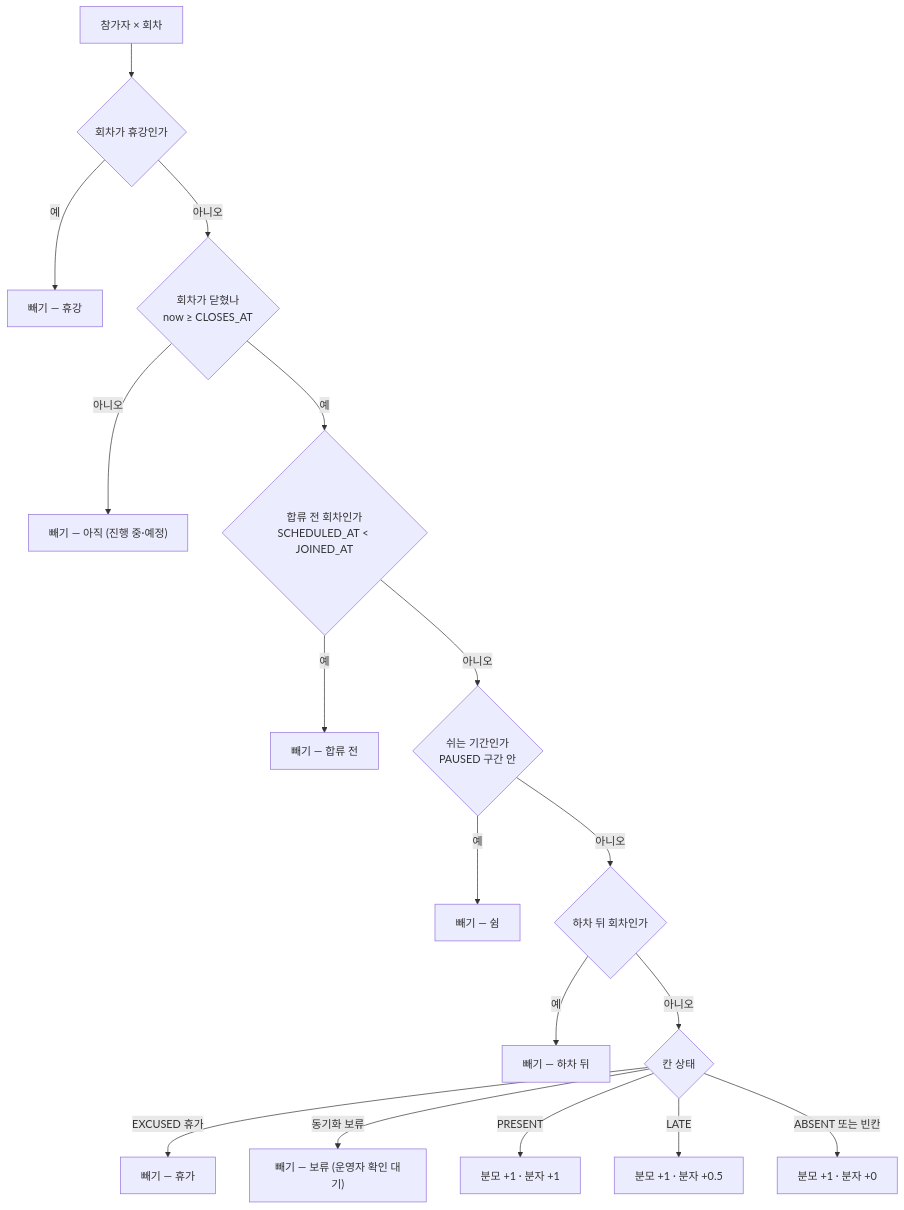
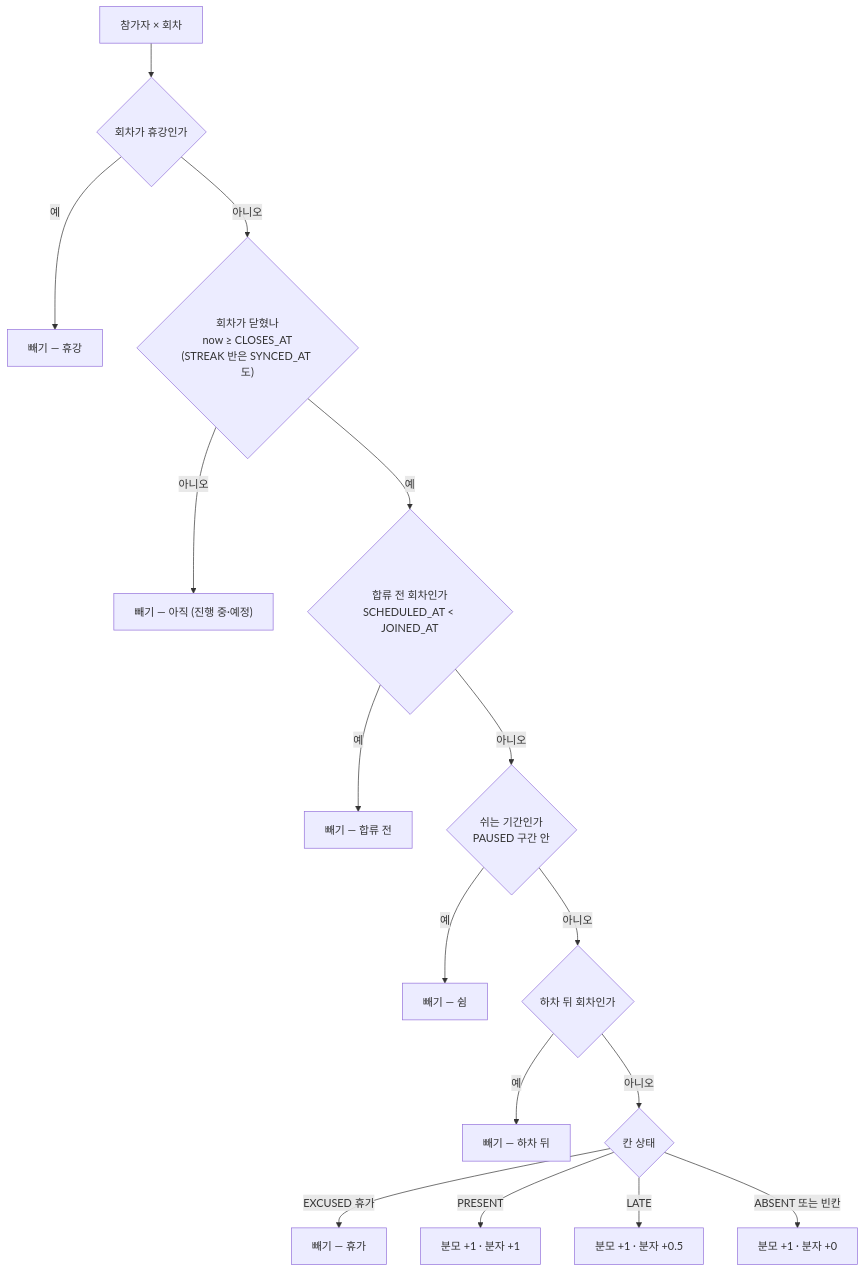
One commit to StudyClub-PlusPlus/studyclub-engineering changed the first of 2 diagrams in docs/flows/attendance-rate.md. Above: the diagram before and after it, drawn with Mermaid. The commit also changed other lines of this file and 6 other files, not shown here.

First line of the commit message:
docs(flows): 흐름 문서끼리 어긋난 곳 5개 맞춤

````diff
--- a/docs/flows/attendance-rate.md
+++ b/docs/flows/attendance-rate.md
@@ -35,19 +35,18 @@
 ```mermaid
 flowchart TD
     S["참가자 × 회차"] --> Q1{"회차가 휴강인가"}
     Q1 -->|예| X1["빼기 — 휴강"]
-    Q1 -->|아니오| Q2{"회차가 닫혔나<br/>now ≥ CLOSES_AT"}
+    Q1 -->|아니오| Q2{"회차가 닫혔나<br/>now ≥ CLOSES_AT<br/>(STREAK 반은 SYNCED_AT 도)"}
     Q2 -->|아니오| X2["빼기 — 아직 (진행 중·예정)"]
     Q2 -->|예| Q3{"합류 전 회차인가<br/>SCHEDULED_AT < JOINED_AT"}
     Q3 -->|예| X3["빼기 — 합류 전"]
     Q3 -->|아니오| Q4{"쉬는 기간인가<br/>PAUSED 구간 안"}
     Q4 -->|예| X4["빼기 — 쉼"]
     Q4 -->|아니오| Q5{"하차 뒤 회차인가"}
     Q5 -->|예| X5["빼기 — 하차 뒤"]
     Q5 -->|아니오| Q6{"칸 상태"}
     Q6 -->|EXCUSED 휴가| X6["빼기 — 휴가"]
-    Q6 -->|동기화 보류| X7["빼기 — 보류 (운영자 확인 대기)"]
     Q6 -->|PRESENT| P["분모 +1 · 분자 +1"]
     Q6 -->|LATE| L["분모 +1 · 분자 +0.5"]
     Q6 -->|"ABSENT 또는 빈칸"| A["분모 +1 · 분자 +0"]
 ```
````
